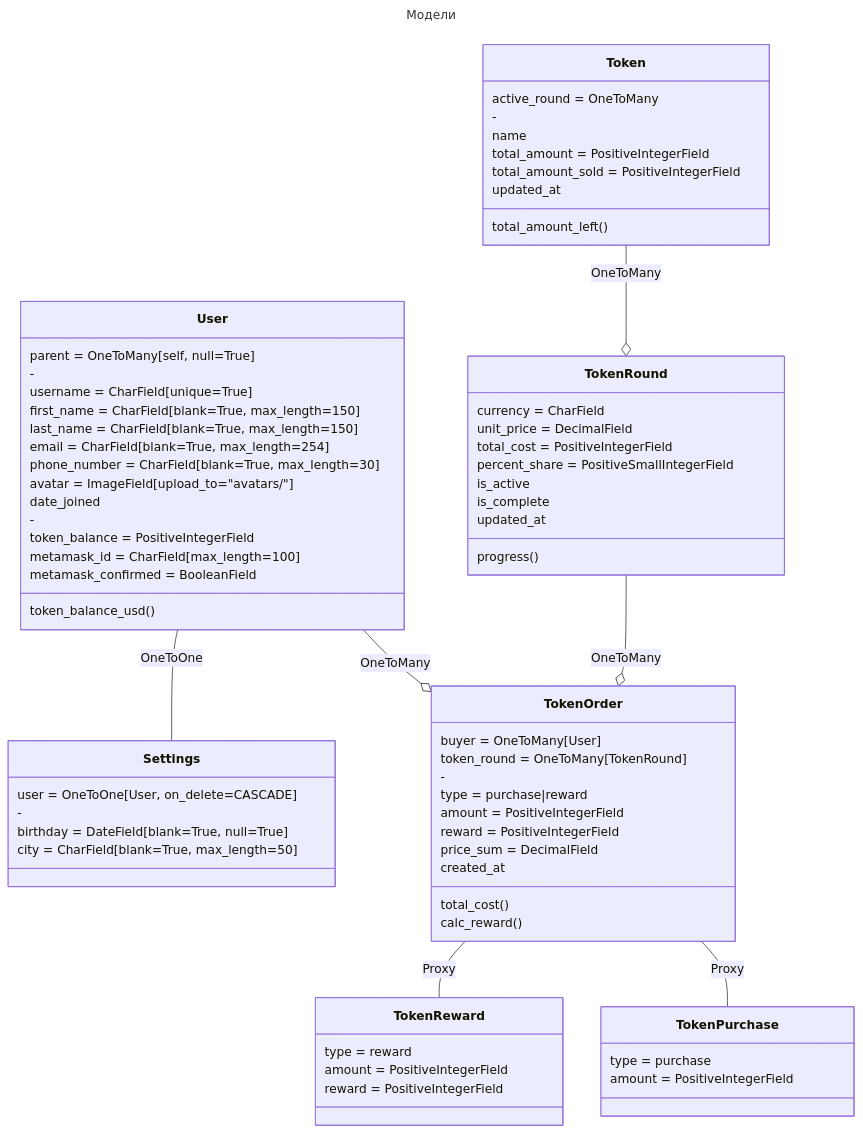
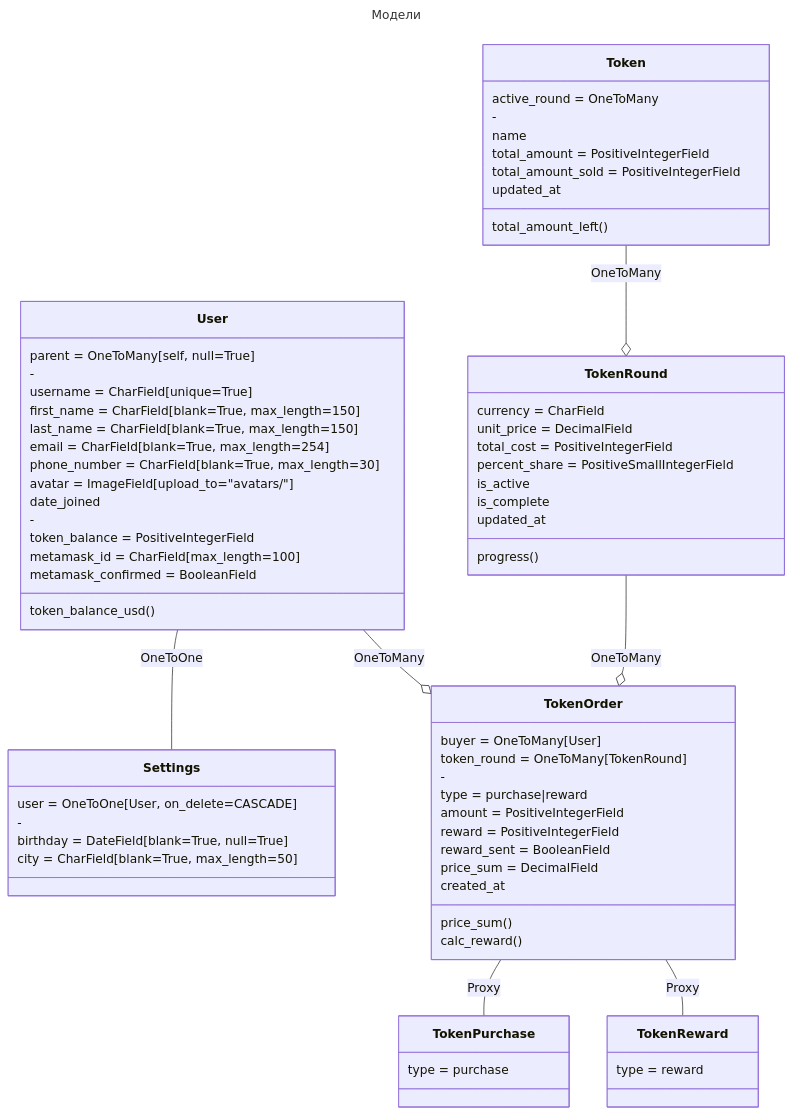
One commit to DmitryPi/market_django changed the first of 2 diagrams in README.md. Above: the diagram before and after it, drawn with Mermaid. The commit also changed other lines of this file and 2 other files, not shown here.

Commit message:
- Create proxy model TokenPurchase     - Create proxy model TokenReward     - Add field reward_sent to tokenorder     - Alter field token_round on tokenorder

````diff
--- a/README.md
+++ b/README.md
@@ -29,81 +29,79 @@
 ```mermaid
 ---
 title: Модели
 ---
 classDiagram
     User -- Settings : OneToOne
     Token --o TokenRound : OneToMany
     User --o TokenOrder : OneToMany
     TokenRound --o TokenOrder : OneToMany
+    TokenOrder -- TokenPurchase : Proxy
     TokenOrder -- TokenReward : Proxy
-    TokenOrder -- TokenPurchase : Proxy
 
     class User {
         parent = OneToMany[self, null=True]
         -
         username = CharField[unique=True]
         first_name = CharField[blank=True, max_length=150]
         last_name = CharField[blank=True, max_length=150]
         email = CharField[blank=True, max_length=254]
         phone_number = CharField[blank=True, max_length=30]
         avatar = ImageField[upload_to="avatars/"]
         date_joined
         -
         token_balance = PositiveIntegerField
         metamask_id = CharField[max_length=100]
         metamask_confirmed = BooleanField
         token_balance_usd()
     }
 
     class Settings {
         user = OneToOne[User, on_delete=CASCADE]
         -
         birthday = DateField[blank=True, null=True]
         city = CharField[blank=True, max_length=50]
     }
 
     class Token {
         active_round = OneToMany
         -
         name
         total_amount = PositiveIntegerField
         total_amount_sold = PositiveIntegerField
         updated_at
         total_amount_left()
     }
 
     class TokenRound {
         currency = CharField
         unit_price = DecimalField
         total_cost = PositiveIntegerField
         percent_share = PositiveSmallIntegerField
         is_active
         is_complete
         updated_at
         progress()
     }
 
     class TokenOrder {
         buyer = OneToMany[User]
         token_round = OneToMany[TokenRound]
         -
         type = purchase|reward
         amount = PositiveIntegerField
         reward = PositiveIntegerField
+        reward_sent = BooleanField
         price_sum = DecimalField
         created_at
-        total_cost()
+        price_sum()
         calc_reward()
     }
 
     class TokenPurchase {
         type = purchase
-        amount = PositiveIntegerField
     }
 
     class TokenReward {
         type = reward
-        amount = PositiveIntegerField
-        reward = PositiveIntegerField
     }
 ```
````
